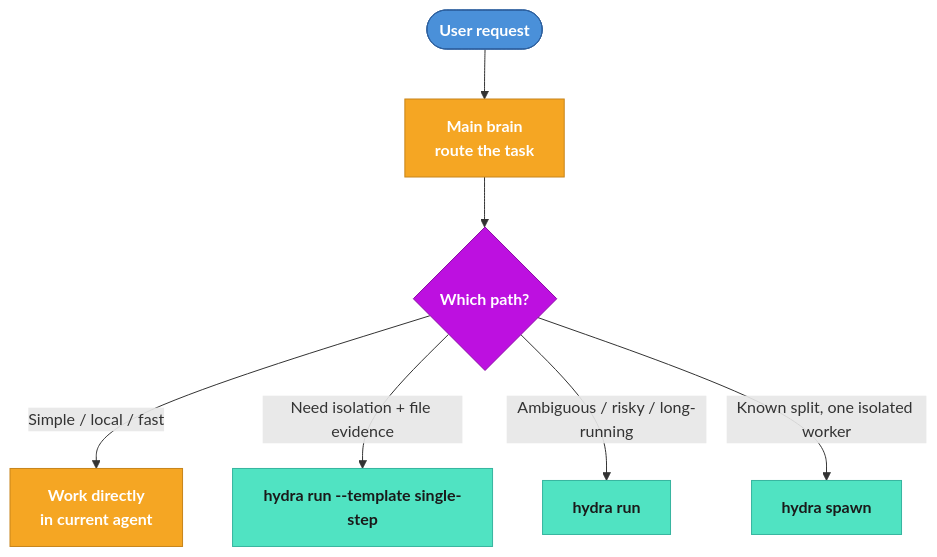
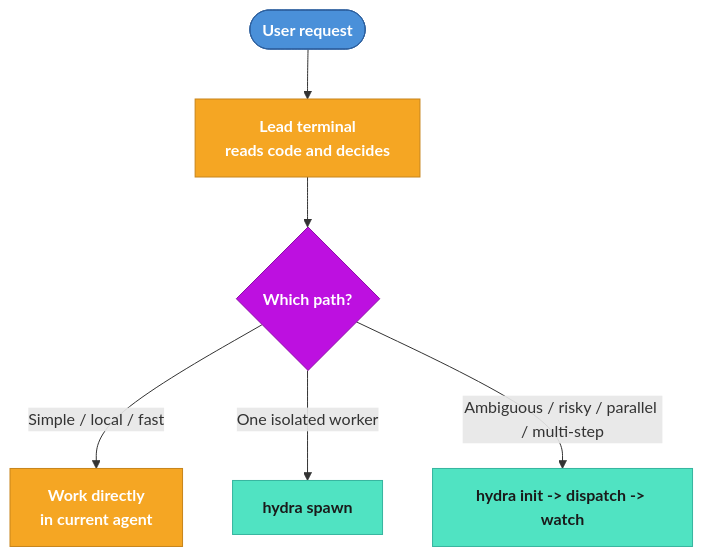
Before and after one commit to blueberrycongee/termcanvas: the first of 4 diagrams in docs/hydra-panorama-flow.md, drawn with Mermaid. The commit also changed other lines of this file and 7 other files, not shown here.

Commit message:
docs(hydra): align docs with lead-driven workflow

````diff
--- a/docs/hydra-panorama-flow.md
+++ b/docs/hydra-panorama-flow.md
@@ -5,14 +5,13 @@
 ```mermaid
 flowchart TD
     classDef user fill:#4a90d9,stroke:#2c5f9e,color:#fff,font-weight:bold
     classDef brain fill:#f5a623,stroke:#c7841a,color:#fff,font-weight:bold
     classDef hydra fill:#50e3c2,stroke:#36b49f,color:#1a1a1a,font-weight:bold
     classDef decision fill:#bd10e0,stroke:#8b0ca6,color:#fff,font-weight:bold
 
-    USER([User request]):::user --> BRAIN["Main brain<br/>route the task"]:::brain
-    BRAIN --> MODE{Which path?}:::decision
+    USER([User request]):::user --> LEAD["Lead terminal<br/>reads code and decides"]:::brain
+    LEAD --> MODE{Which path?}:::decision
     MODE -- "Simple / local / fast" --> DIRECT["Work directly<br/>in current agent"]:::brain
-    MODE -- "Need isolation + file evidence" --> SINGLE["hydra run --template single-step"]:::hydra
-    MODE -- "Ambiguous / risky / long-running" --> WF["hydra run"]:::hydra
-    MODE -- "Known split, one isolated worker" --> SPAWN["hydra spawn"]:::hydra
+    MODE -- "One isolated worker" --> SPAWN["hydra spawn"]:::hydra
+    MODE -- "Ambiguous / risky / parallel / multi-step" --> WF["hydra init -> dispatch -> watch"]:::hydra
 ```
````
